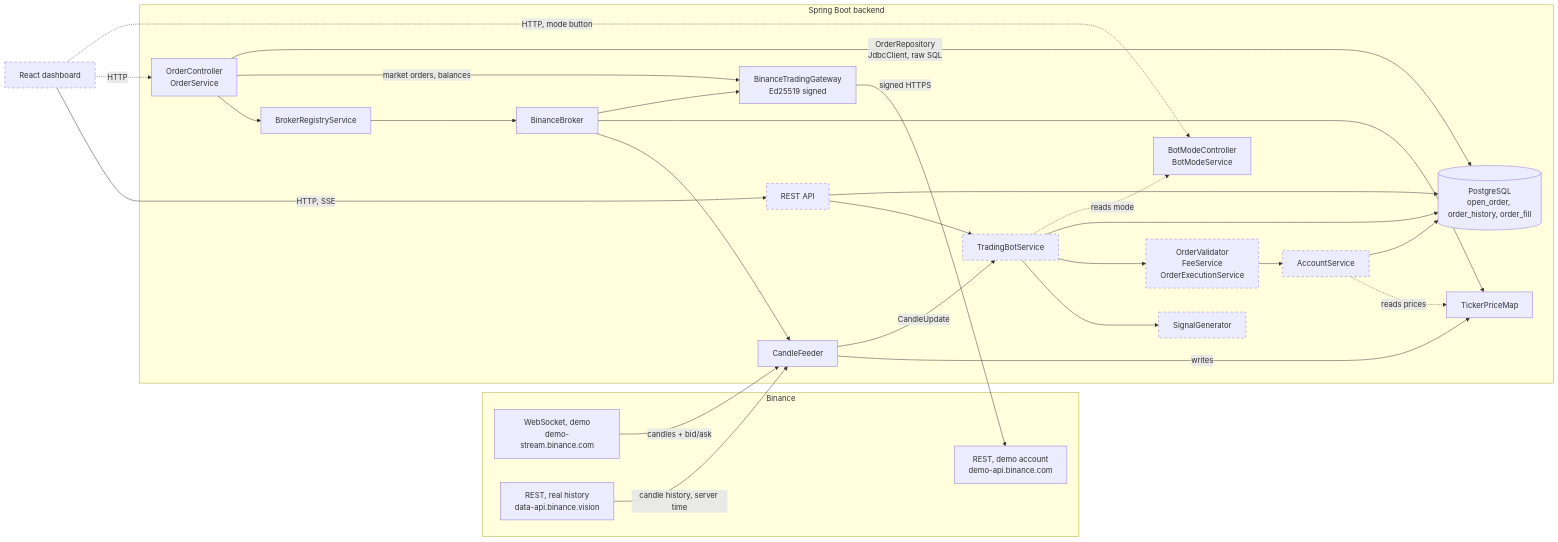
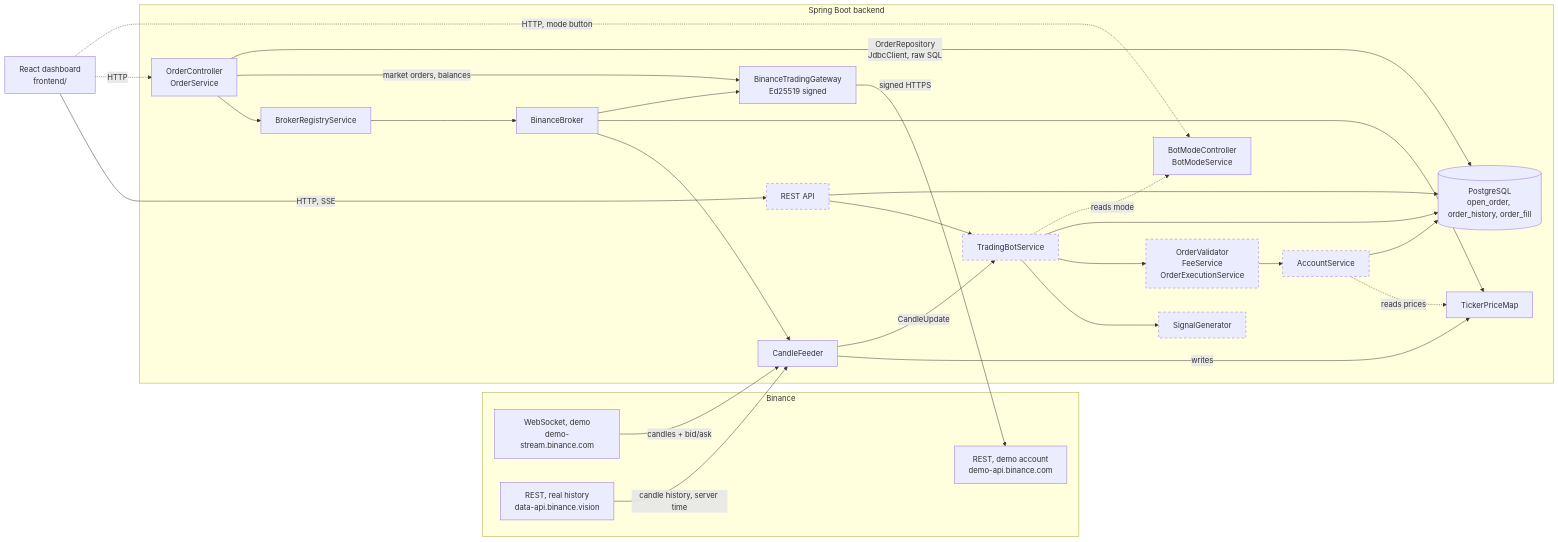
The first of 21 diagrams in docs/ARCHITECTURE.md (ShadowOfDiablo/t212-coding-task), drawn with Mermaid before and after one commit. The commit also changed other lines of this file and 15 other files, not shown here.

First line of the commit message:
Build the dashboard: tickers, holdings, orders, mode switch and themes

````diff
--- a/docs/ARCHITECTURE.md
+++ b/docs/ARCHITECTURE.md
@@ -32,54 +33,54 @@
 ```mermaid
 flowchart LR
     subgraph Binance["Binance"]
         WS["WebSocket, demo<br/>demo-stream.binance.com"]
         REST["REST, real history<br/>data-api.binance.vision"]
         DemoApi["REST, demo account<br/>demo-api.binance.com"]
     end
 
     subgraph Backend["Spring Boot backend"]
         OrderApi["OrderController<br/>OrderService"]
         ModeApi["BotModeController<br/>BotModeService"]
         Registry["BrokerRegistryService"]
         Broker["BinanceBroker"]
         Feeder["CandleFeeder"]
         Prices["TickerPriceMap"]
         Gateway["BinanceTradingGateway<br/>Ed25519 signed"]
         Bot["TradingBotService"]
         Signal["SignalGenerator"]
         Orders["OrderValidator<br/>FeeService<br/>OrderExecutionService"]
         Account["AccountService"]
         Db[("PostgreSQL<br/>open_order, order_history, order_fill")]
         Api["REST API"]
     end
 
-    Ui["React dashboard"]
+    Ui["React dashboard<br/>frontend/"]
 
     WS -- "candles + bid/ask" --> Feeder
     REST -- "candle history, server time" --> Feeder
     Registry --> Broker
     Broker --> Feeder
     Broker --> Prices
     Broker --> Gateway
     OrderApi --> Registry
     OrderApi -- "market orders, balances" --> Gateway
     Gateway -- "signed HTTPS" --> DemoApi
     OrderApi -- "OrderRepository<br/>JdbcClient, raw SQL" --> Db
     Feeder -- writes --> Prices
     Feeder -- CandleUpdate --> Bot
     Bot --> Signal
     Bot --> Orders
     Orders --> Account
     Account -. reads prices .-> Prices
     Account --> Db
     Bot --> Db
     Api --> Bot
     Api --> Db
     Ui -- "HTTP, SSE" --> Api
     Ui -. HTTP .-> OrderApi
     Ui -. "HTTP, mode button" .-> ModeApi
     Bot -. reads mode .-> ModeApi
 
     classDef planned stroke-dasharray: 5 5
-    class Bot,Signal,Orders,Account,Api,Ui planned
+    class Bot,Signal,Orders,Account,Api planned
 ```
````
